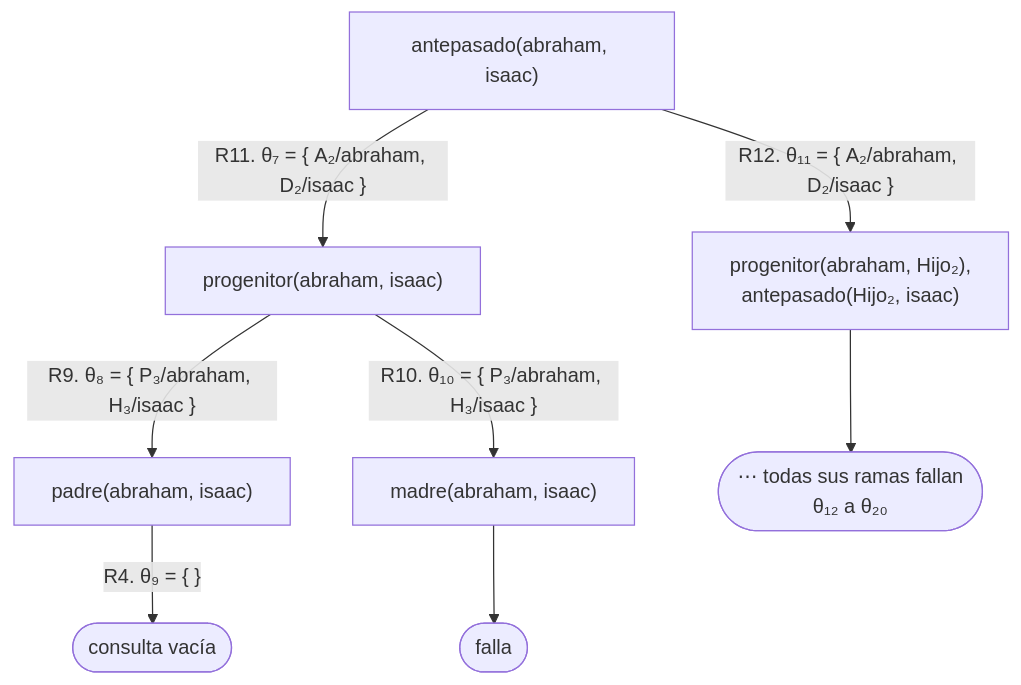
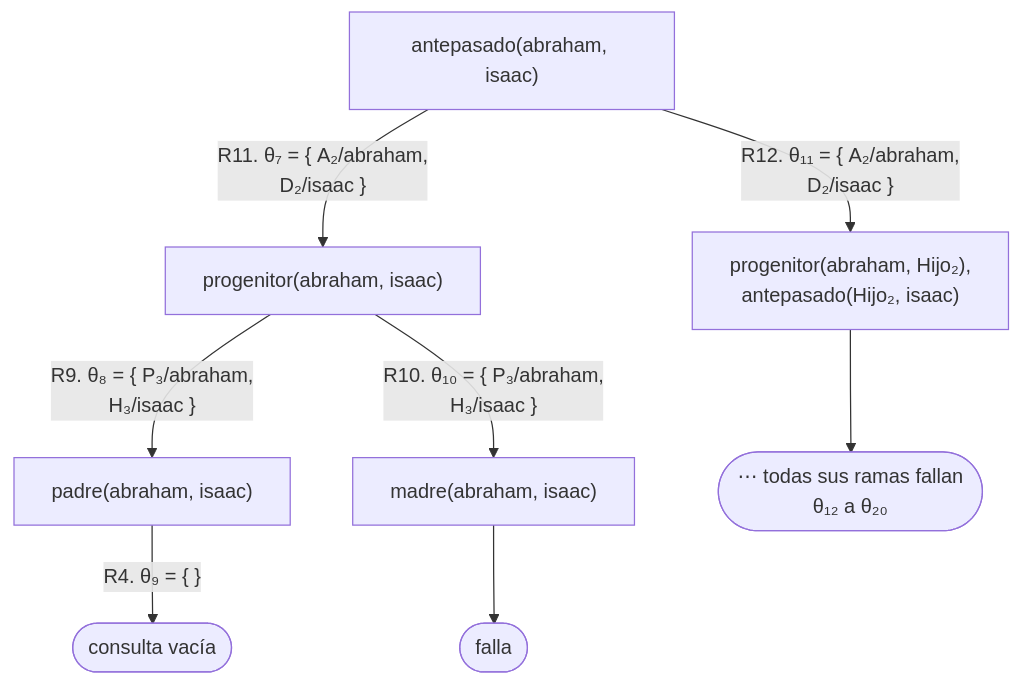
Before and after one commit to CesarBallardini/curso-de-prolog: the third of 11 diagrams in docs/capitulo-06-recursion/index.md, drawn with Mermaid. The commit also changed other lines of this file and 24 other files, not shown here.

First line of the commit message:
feat(docs): botones para ocultar las columnas laterales y etiquetas cortas en los diagramas

````diff
--- a/docs/capitulo-06-recursion/index.md
+++ b/docs/capitulo-06-recursion/index.md
@@ -127,11 +127,11 @@
 ```mermaid
 flowchart TD
     D["antepasado(abraham, isaac)"]
-    D -- "R11. θ₇ = {&nbsp;A₂/abraham, D₂/isaac&nbsp;}" --> E["progenitor(abraham, isaac)"]
-    D -- "R12. θ₁₁ = {&nbsp;A₂/abraham, D₂/isaac&nbsp;}" --> D2["progenitor(abraham, Hijo₂),<br/>antepasado(Hijo₂, isaac)"]
-    E -- "R9. θ₈ = {&nbsp;P₃/abraham, H₃/isaac&nbsp;}" --> F["padre(abraham, isaac)"]
-    E -- "R10. θ₁₀ = {&nbsp;P₃/abraham, H₃/isaac&nbsp;}" --> E2["madre(abraham, isaac)"]
+    D -- "R11. θ₇ = {&nbsp;A₂/abraham,<br/>D₂/isaac&nbsp;}" --> E["progenitor(abraham, isaac)"]
+    D -- "R12. θ₁₁ = {&nbsp;A₂/abraham,<br/>D₂/isaac&nbsp;}" --> D2["progenitor(abraham, Hijo₂),<br/>antepasado(Hijo₂, isaac)"]
+    E -- "R9. θ₈ = {&nbsp;P₃/abraham,<br/>H₃/isaac&nbsp;}" --> F["padre(abraham, isaac)"]
+    E -- "R10. θ₁₀ = {&nbsp;P₃/abraham,<br/>H₃/isaac&nbsp;}" --> E2["madre(abraham, isaac)"]
     F -- "R4. θ₉ = {&nbsp;}" --> S(["consulta vacía"])
     E2 --> F4(["falla"])
     D2 --> R1(["⋯ todas sus ramas fallan<br/>θ₁₂ a θ₂₀"])
 ```
````
